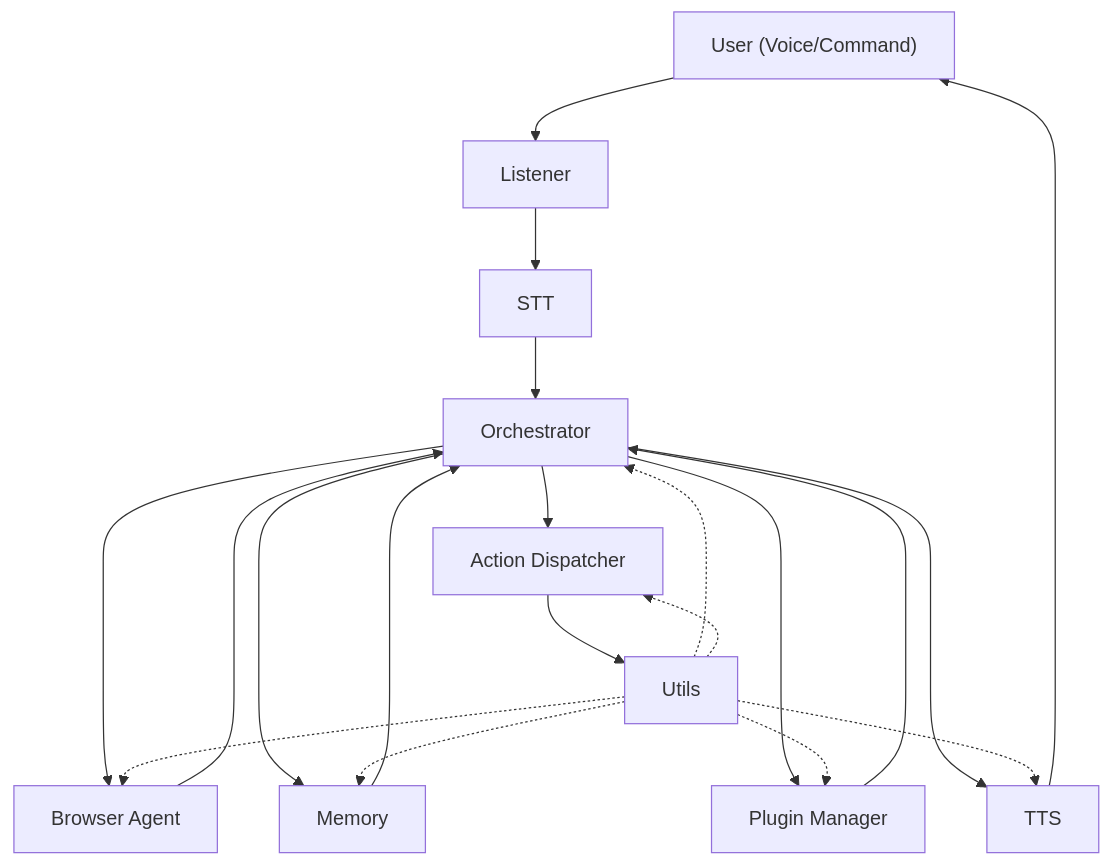
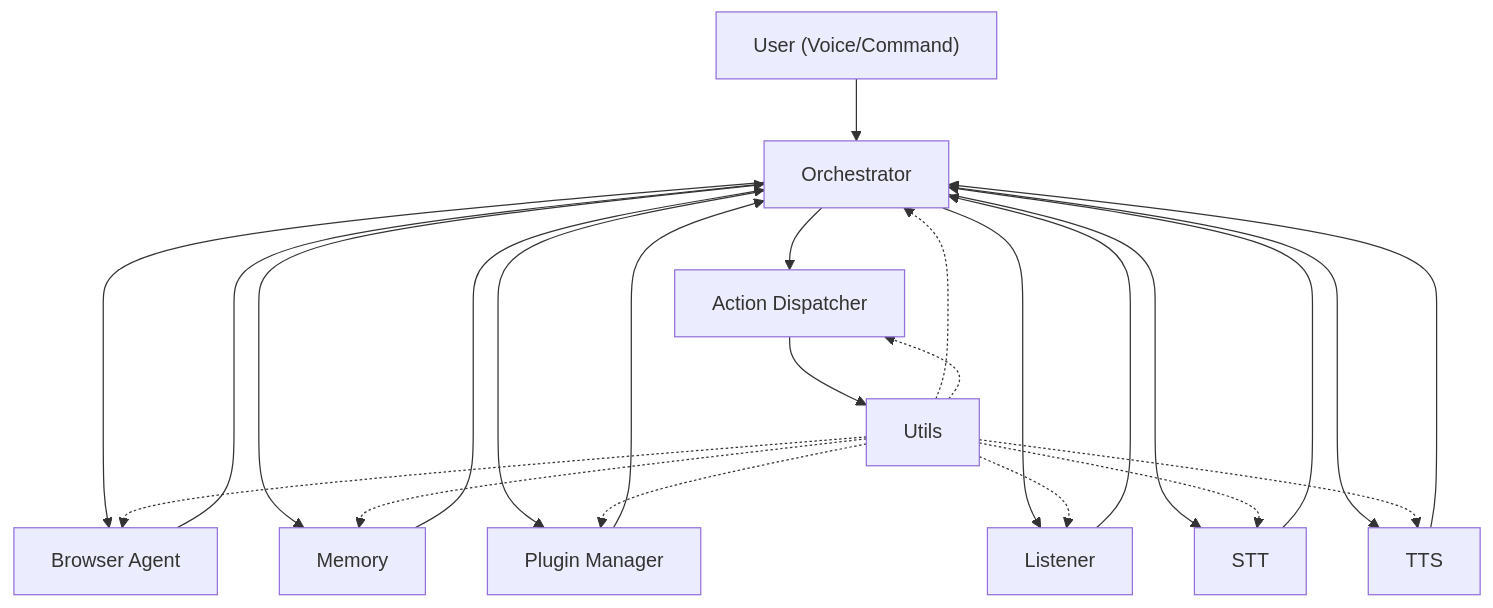
The diagram in README.md (qvelard/JARL-local-voice-assistant), drawn with Mermaid before and after one commit. The commit also changed other lines of this file and 16 other files, not shown here.

````diff
--- a/README.md
+++ b/README.md
@@ -19,22 +20,26 @@
 ```mermaid
 flowchart TD
-    U["User (Voice/Command)"] --> L["Listener"]
-    L --> S["STT"]
-    S --> O["Orchestrator"]
+    U["User (Voice/Command)"] --> O["Orchestrator"]
     O --> AD["Action Dispatcher"]
     O --> BA["Browser Agent"]
     O --> M["Memory"]
     O --> PM["Plugin Manager"]
+    O --> L["Listener"]
+    O --> S["STT"]
     O --> TTS["TTS"]
     AD --> UTL["Utils"]
     BA --> O
     M --> O
     PM --> O
-    TTS --> U
+    L --> O
+    S --> O
+    TTS --> O
     UTL -.-> O
     UTL -.-> AD
     UTL -.-> BA
     UTL -.-> M
     UTL -.-> PM
+    UTL -.-> L
+    UTL -.-> S
     UTL -.-> TTS
 ```
````
